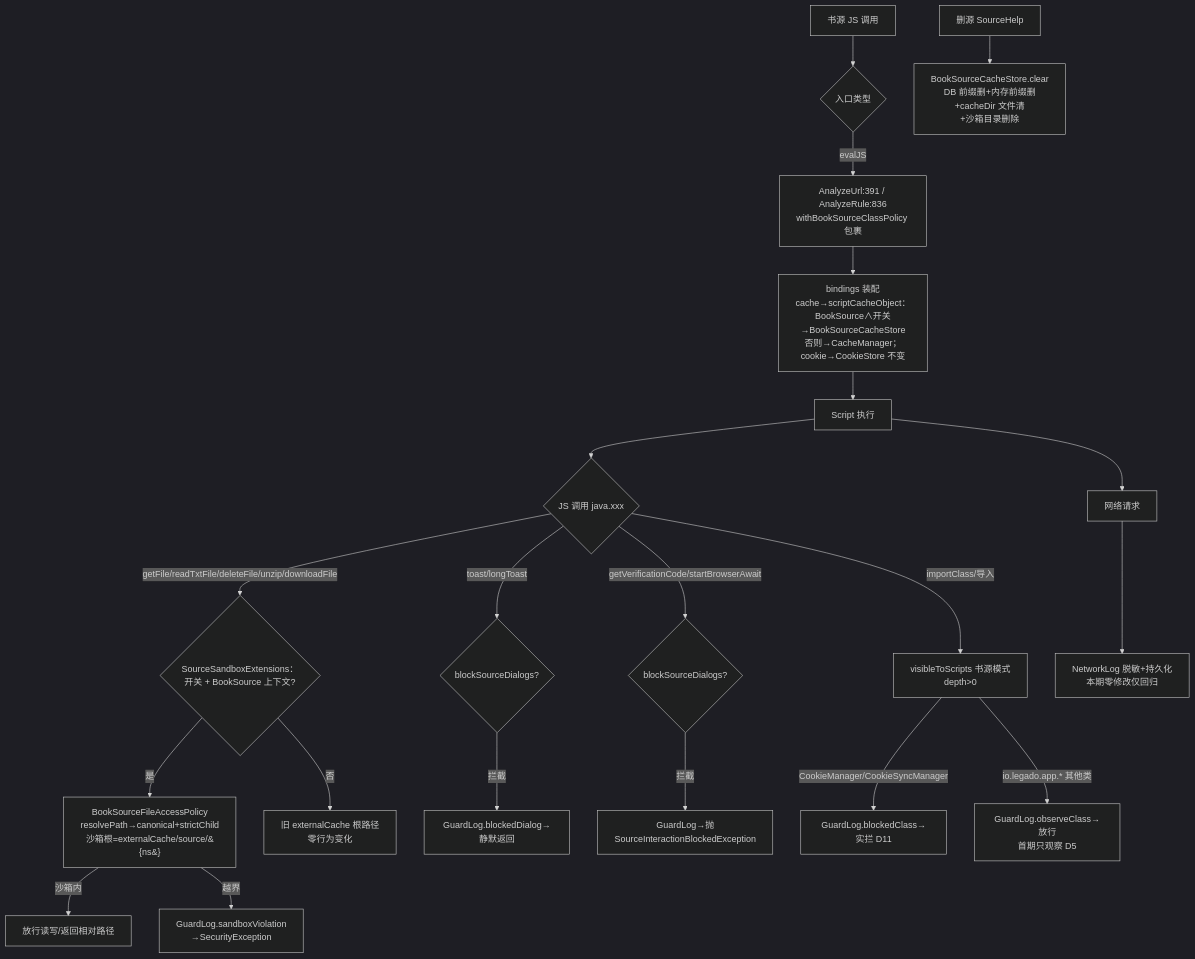
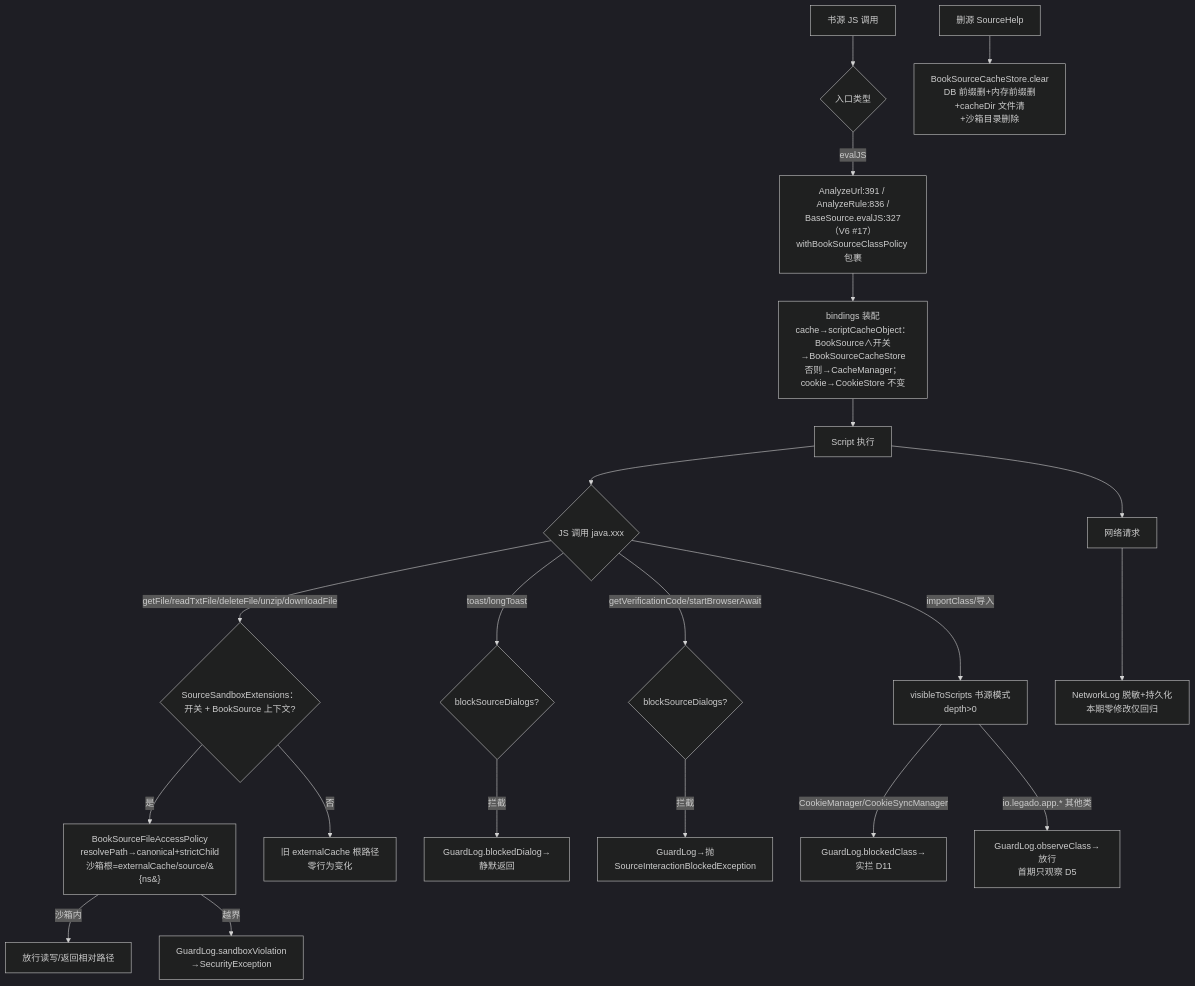
The second of 3 diagrams in docs/specs/ng-benchmark-analysis/migration-designs/P0-source-security-hardening.md (legado-backup/legado-m), drawn with Mermaid (dark theme) before and after one commit. The commit also changed other lines of this file and 61 other files, not shown here.

````diff
--- a/docs/specs/ng-benchmark-analysis/migration-designs/P0-source-security-hardening.md
+++ b/docs/specs/ng-benchmark-analysis/migration-designs/P0-source-security-hardening.md
@@ -352,22 +366,22 @@
 ```mermaid
 flowchart TD
     A[书源 JS 调用] --> B{入口类型}
-    B -->|evalJS| C[AnalyzeUrl:391 / AnalyzeRule:836<br/>withBookSourceClassPolicy 包裹]
+    B -->|evalJS| C[AnalyzeUrl:391 / AnalyzeRule:836 /<br/>BaseSource.evalJS:327（V6 #17）<br/>withBookSourceClassPolicy 包裹]
     C --> D[bindings 装配<br/>cache→scriptCacheObject：<br/>BookSource∧开关→BookSourceCacheStore<br/>否则→CacheManager；cookie→CookieStore 不变]
     D --> E[Script 执行]
     E --> F{JS 调用 java.xxx}
     F -->|getFile/readTxtFile/deleteFile/unzip/downloadFile| G{SourceSandboxExtensions：<br/>开关 + BookSource 上下文?}
     G -->|是| H[BookSourceFileAccessPolicy<br/>resolvePath→canonical+strictChild<br/>沙箱根=externalCache/source/&#123;ns&#125;]
     H -->|沙箱内| I[放行读写/返回相对路径]
     H -->|越界| J[GuardLog.sandboxViolation<br/>→SecurityException]
     G -->|否| K[旧 externalCache 根路径<br/>零行为变化]
     F -->|toast/longToast| L{blockSourceDialogs?}
     L -->|拦截| M[GuardLog.blockedDialog→静默返回]
     F -->|getVerificationCode/startBrowserAwait| L2{blockSourceDialogs?}
     L2 -->|拦截| M2[GuardLog→抛<br/>SourceInteractionBlockedException]
     F -->|importClass/导入| O[visibleToScripts 书源模式<br/>depth>0]
     O -->|CookieManager/CookieSyncManager| P[GuardLog.blockedClass→实拦 D11]
     O -->|io.legado.app.* 其他类| Q[GuardLog.observeClass→放行<br/>首期只观察 D5]
     E --> R[网络请求] --> S[NetworkLog 脱敏+持久化<br/>本期零修改仅回归]
     U[删源 SourceHelp] --> V[BookSourceCacheStore.clear<br/>DB 前缀删+内存前缀删+cacheDir 文件清<br/>+沙箱目录删除]
 ```
````
